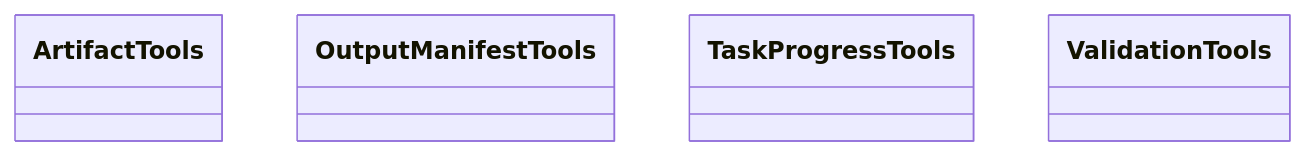
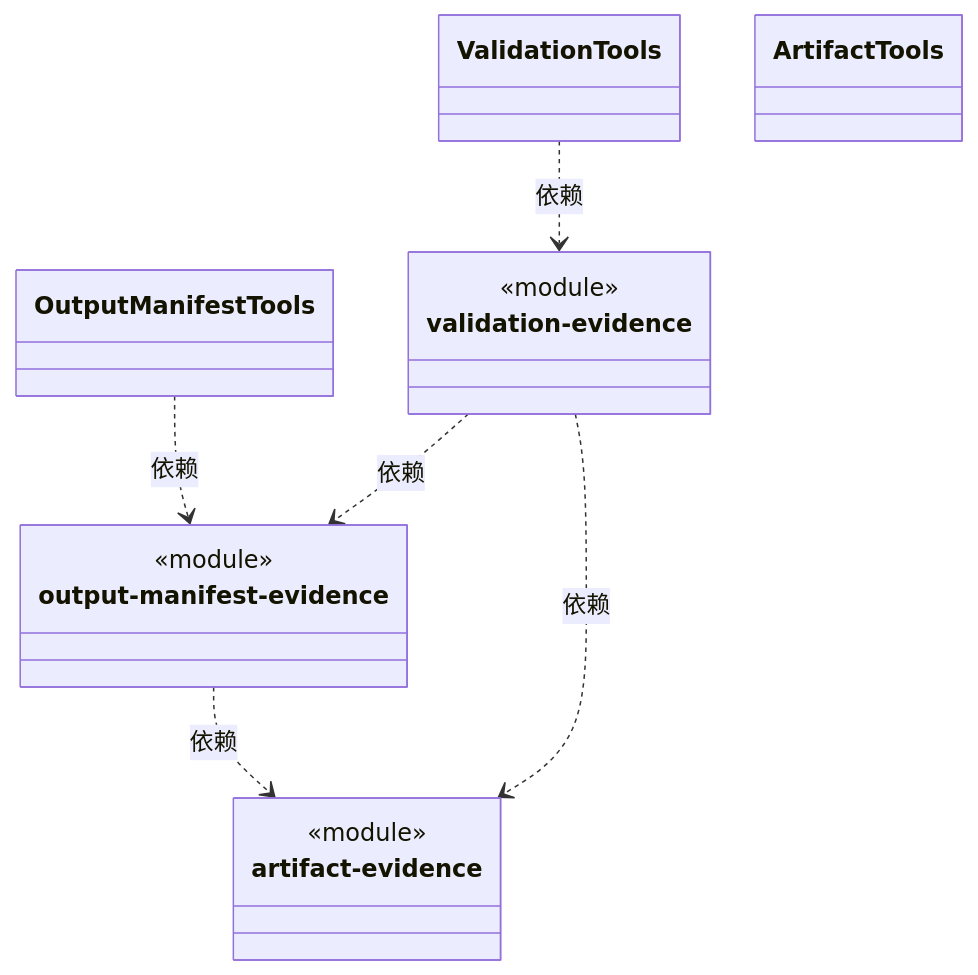
One commit to nan023062/cbim changed the first of 2 diagrams in src/logic/evidence/rules/ARCHITECTURE.md. Above: the diagram before and after it, drawn with Mermaid. The commit also changed other lines of this file and 136 other files, not shown here.

````diff
--- a/src/logic/evidence/rules/ARCHITECTURE.md
+++ b/src/logic/evidence/rules/ARCHITECTURE.md
@@ -22,11 +30,26 @@
 ```mermaid
 classDiagram
+class N_d2e3fe40cce1["output-manifest-evidence"] {
+  <<module>>
+}
+click N_d2e3fe40cce1 href "output-manifest-evidence.ts"
+class N_fa8b16acd959["OutputManifestTools"]
+click N_fa8b16acd959 href "output-manifest-tools.ts"
+class N_4e1619a7774e["artifact-evidence"] {
+  <<module>>
+}
+click N_4e1619a7774e href "artifact-evidence.ts"
+class N_50cae5542e23["validation-evidence"] {
+  <<module>>
+}
+click N_50cae5542e23 href "validation-evidence.ts"
+class N_aab2521a6c33["ValidationTools"]
+click N_aab2521a6c33 href "validation-tools.ts"
 class N_5719feab15b8["ArtifactTools"]
 click N_5719feab15b8 href "artifact-tools.ts"
-class N_fa8b16acd959["OutputManifestTools"]
-click N_fa8b16acd959 href "output-manifest-tools.ts"
-class N_41ba4f0b1d6f["TaskProgressTools"]
-click N_41ba4f0b1d6f href "progress-tools.ts"
-class N_aab2521a6c33["ValidationTools"]
-click N_aab2521a6c33 href "validation-tools.ts"
+N_fa8b16acd959 ..> N_d2e3fe40cce1 : 依赖
+N_aab2521a6c33 ..> N_50cae5542e23 : 依赖
+N_d2e3fe40cce1 ..> N_4e1619a7774e : 依赖
+N_50cae5542e23 ..> N_4e1619a7774e : 依赖
+N_50cae5542e23 ..> N_d2e3fe40cce1 : 依赖
 ```
````
